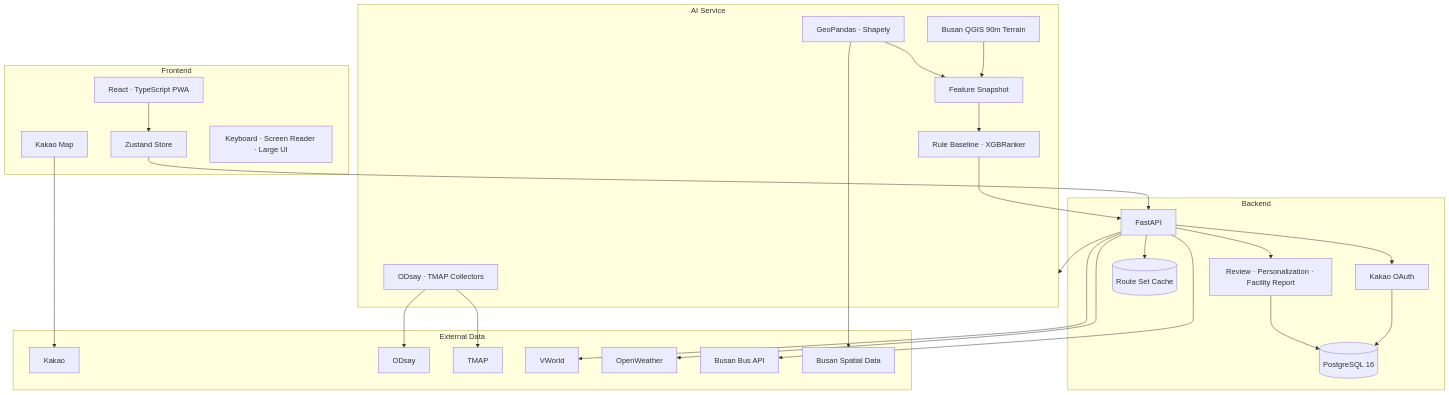
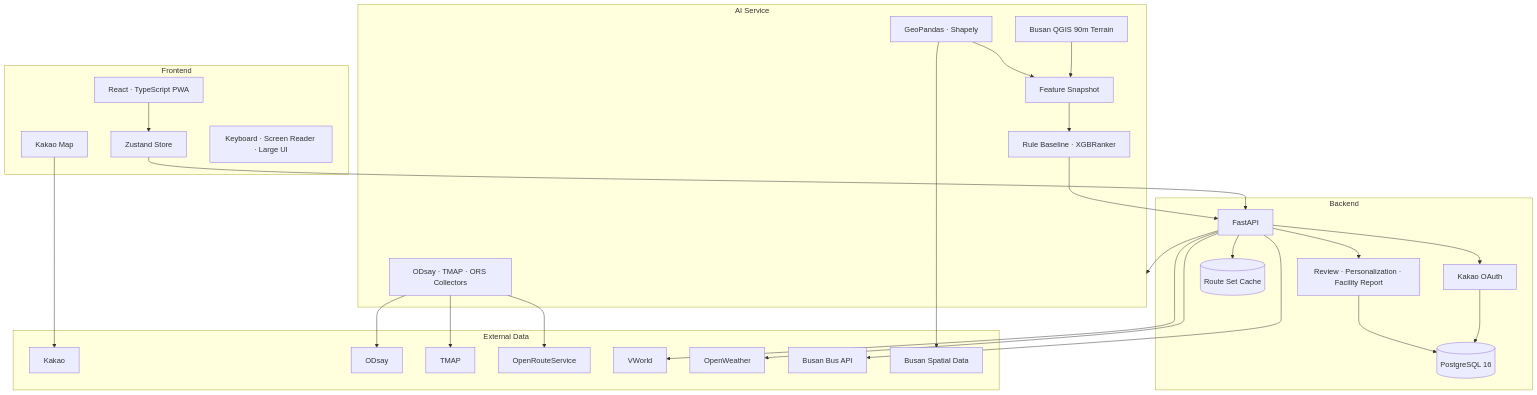
Before and after one commit to LxNx-Hn/KT-10: the second of 2 diagrams in README.md, drawn with Mermaid. The commit also changed other lines of this file and 6 other files, not shown here.

````diff
--- a/README.md
+++ b/README.md
@@ -407,55 +424,57 @@
 ```mermaid
 flowchart TB
     subgraph Client["Frontend"]
         PWA["React · TypeScript PWA"]
         STORE["Zustand Store"]
         MAP["Kakao Map"]
         A11Y["Keyboard · Screen Reader · Large UI"]
     end
 
     subgraph Server["Backend"]
         API["FastAPI"]
         AUTH["Kakao OAuth"]
         FEEDBACK["Review · Personalization · Facility Report"]
         DB[("PostgreSQL 16")]
         CACHE[("Route Set Cache")]
     end
 
     subgraph AI["AI Service"]
-        COLLECT["ODsay · TMAP Collectors"]
+        COLLECT["ODsay · TMAP · ORS Collectors"]
         GEO["GeoPandas · Shapely"]
         DEM["Busan QGIS 90m Terrain"]
         SNAPSHOT["Feature Snapshot"]
         RANK["Rule Baseline · XGBRanker"]
     end
 
     subgraph External["External Data"]
         KAKAO["Kakao"]
         ODSAY["ODsay"]
         TMAP["TMAP"]
+        ORS["OpenRouteService"]
         VWORLD["VWorld"]
         WEATHER["OpenWeather"]
         BUS["Busan Bus API"]
         LAYERS["Busan Spatial Data"]
     end
 
     PWA --> STORE
     STORE --> API
     MAP --> KAKAO
     API --> AUTH
     API --> FEEDBACK
     AUTH --> DB
     FEEDBACK --> DB
     API --> CACHE
     API --> AI
     COLLECT --> ODSAY
     COLLECT --> TMAP
+    COLLECT --> ORS
     GEO --> LAYERS
     DEM --> SNAPSHOT
     GEO --> SNAPSHOT
     API --> VWORLD
     API --> WEATHER
     API --> BUS
     SNAPSHOT --> RANK
     RANK --> API
 ```
````
